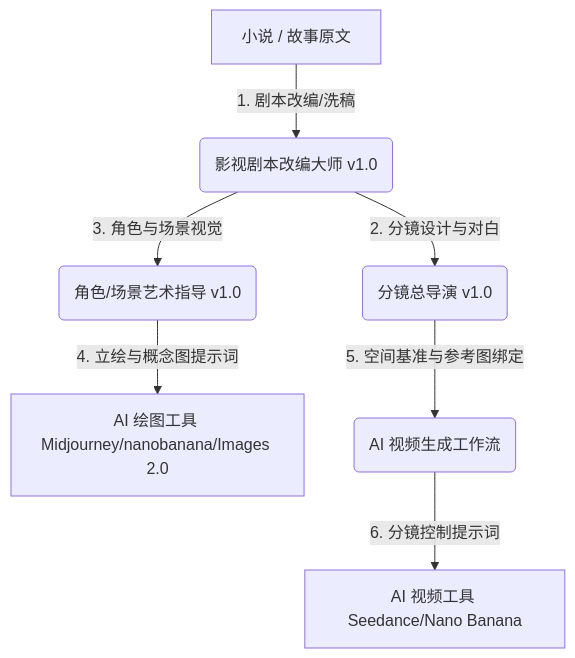
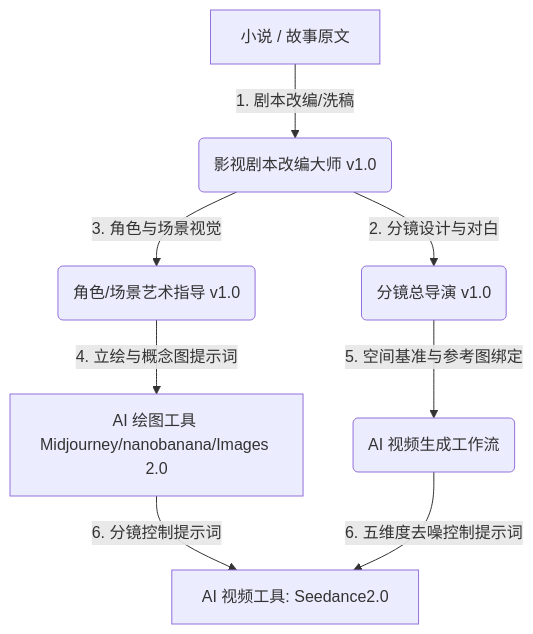
The diagram in README.md (yuanhongchen56-web/short-drama-ai-filmmaking), drawn with Mermaid before and after one commit. The commit also changed other lines of this file, not shown here.

````diff
--- a/README.md
+++ b/README.md
@@ -50,9 +58,10 @@
 ```mermaid
 graph TD
     A[小说 / 故事原文] -->|1. 剧本改编/洗稿| B(影视剧本改编大师 v1.0)
     B -->|2. 分镜设计与对白| C(分镜总导演 v1.0)
     B -->|3. 角色与场景视觉| D(角色/场景艺术指导 v1.0)
     D -->|4. 立绘与概念图提示词| E[AI 绘图工具 Midjourney/nanobanana/Images 2.0]
     C -->|5. 空间基准与参考图绑定| F(AI 视频生成工作流)
-    F -->|6. 分镜控制提示词| G[AI 视频工具 Seedance/Nano Banana]
+    E -->|6. 分镜控制提示词| G[AI 视频工具 Seedance/Nano Banana]
+    F -->|6. 五维度去噪控制提示词| G[AI 视频工具: Seedance2.0]
 ```
````
